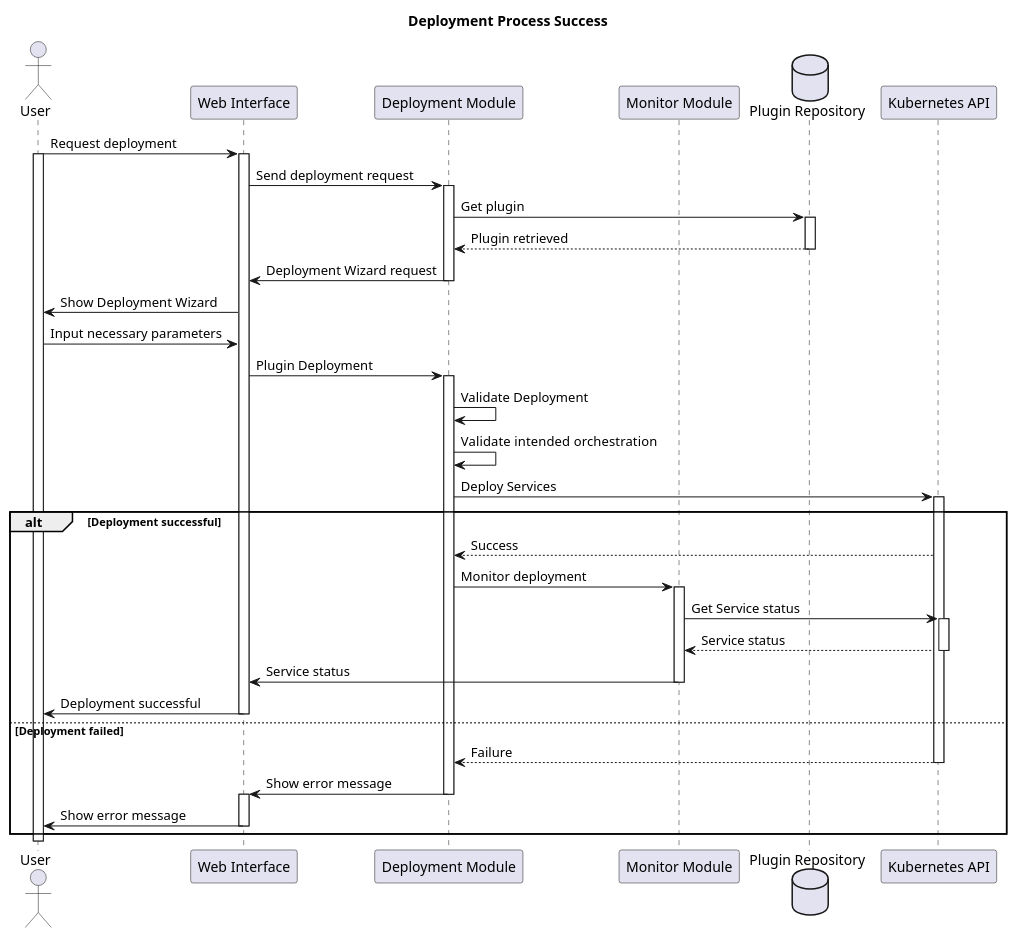
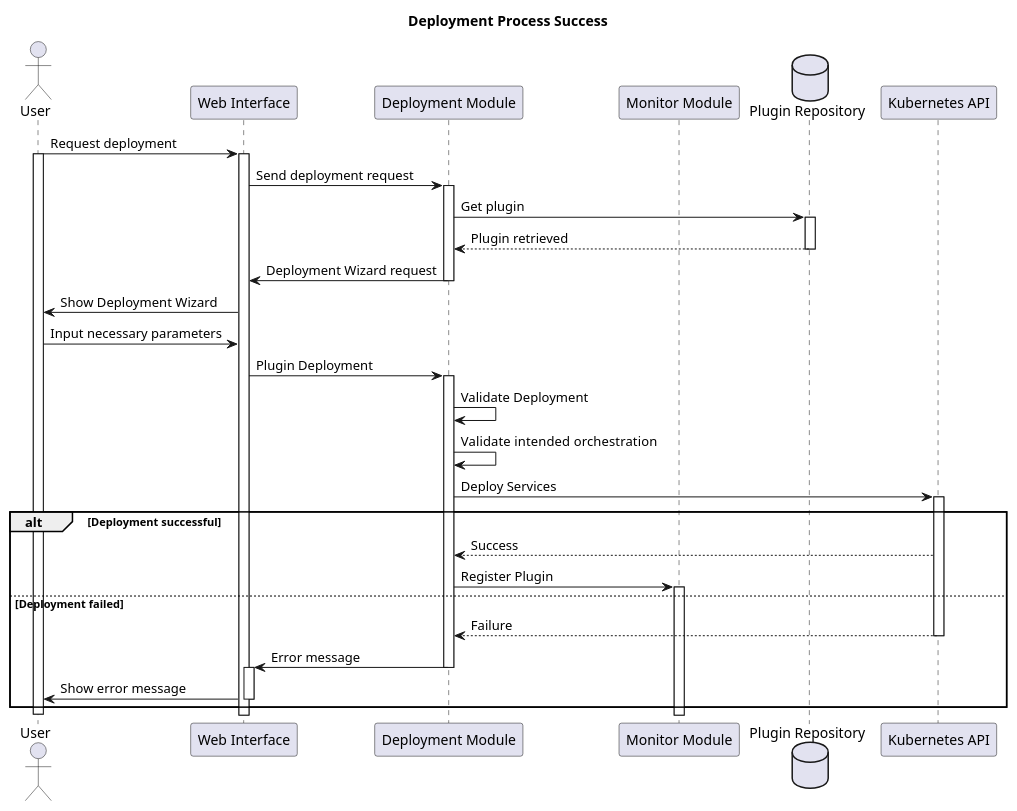
One commit to jdmmnn/LaymanDeploy changed the diagram in arc42-template-EN-plain-gitHubMarkdown/runtime/deploy.puml. Above: the diagram before and after it, drawn with PlantUML. The commit also changed 13 other files, not shown here.

Commit message:
a few more runtime diagrams and start of plugin definition

```diff
--- a/arc42-template-EN-plain-gitHubMarkdown/runtime/deploy.puml
+++ b/arc42-template-EN-plain-gitHubMarkdown/runtime/deploy.puml
@@ -1,54 +1,46 @@
 @startuml
 title Deployment Process Success
 
 actor User as user
 participant "Web Interface" as web
 participant "Deployment Module" as deploy
 participant "Monitor Module" as monitor
 database "Plugin Repository" as repo
 participant "Kubernetes API" as api
 
 user -> web: Request deployment
 activate user
 activate web
 web -> deploy: Send deployment request
 activate deploy
 deploy -> repo: Get plugin
 activate repo
 repo --> deploy: Plugin retrieved
 deactivate repo
 deploy -> web: Deployment Wizard request
 deactivate deploy
 web -> user: Show Deployment Wizard
 user -> web: Input necessary parameters
 web -> deploy: Plugin Deployment
 activate deploy
 deploy -> deploy: Validate Deployment
 deploy -> deploy: Validate  intended orchestration
 deploy -> api: Deploy Services
 activate api
 alt Deployment successful
     api --> deploy: Success
-    deploy -> monitor: Monitor deployment
+    deploy -> monitor: Register Plugin
     activate monitor
-    monitor -> api: Get Service status
-    activate api
-    api --> monitor: Service status
-    deactivate api
-    monitor -> web: Service status
-    deactivate monitor
-    web -> user: Deployment successful
-    deactivate web
 else Deployment failed
     api --> deploy: Failure
     deactivate api
-    deploy -> web: Show error message
+    deploy -> web: Error message
     deactivate deploy
     activate web
     web -> user: Show error message
     deactivate web
 end
 deactivate user
 
 
 @enduml
```
